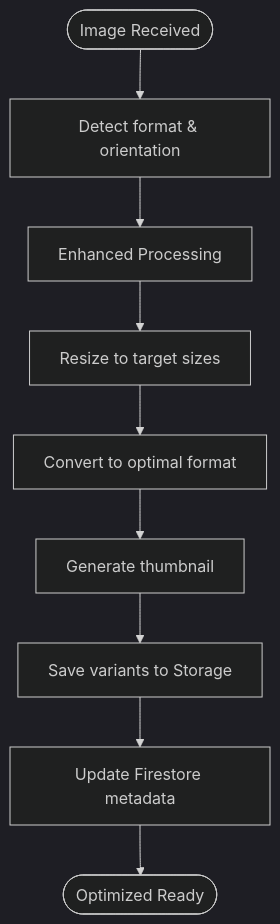
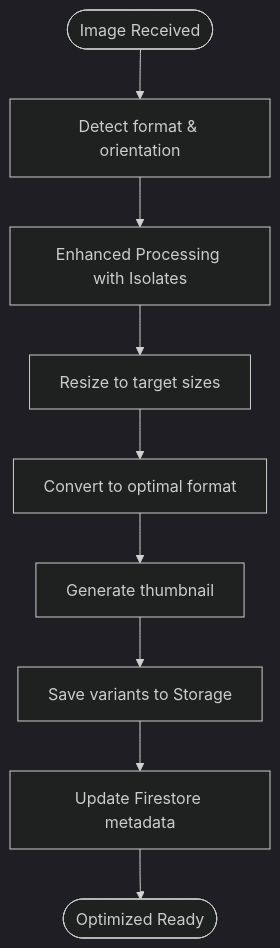
Before and after one commit to raihom-netizen/com.gestaoyahwehios.app: the fourth of 16 diagrams in .qoder/repowiki/en/content/Media Management/Media Management.md, drawn with Mermaid (dark theme). The commit also changed other lines of this file and 161 other files, not shown here.

````diff
--- a/.qoder/repowiki/en/content/Media Management/Media Management.md
+++ b/.qoder/repowiki/en/content/Media Management/Media Management.md
@@ -200,11 +213,11 @@
 ```mermaid
 flowchart TD
 ImgStart(["Image Received"]) --> Detect["Detect format & orientation"]
-Detect --> Enhance["Enhanced Processing"]
+Detect --> Enhance["Enhanced Processing with Isolates"]
 Enhance --> Resize["Resize to target sizes"]
 Resize --> Convert["Convert to optimal format"]
 Convert --> Thumb["Generate thumbnail"]
 Thumb --> Save["Save variants to Storage"]
 Save --> Meta["Update Firestore metadata"]
 Meta --> ImgEnd(["Optimized Ready"])
 ```
````
